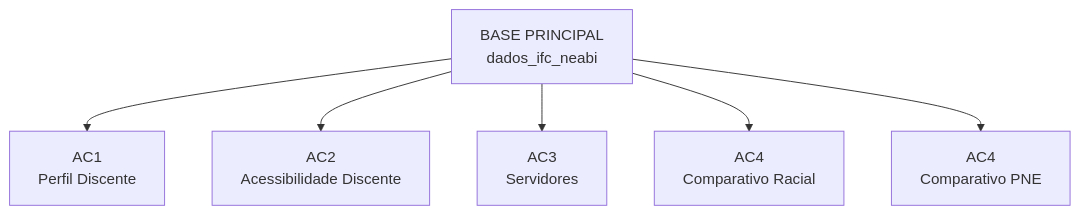
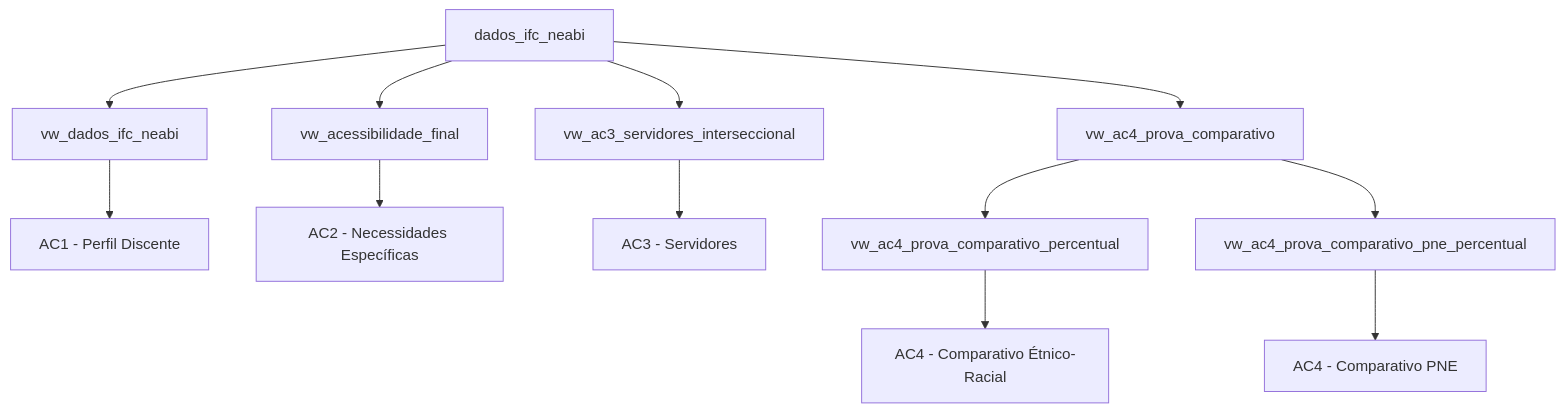
The diagram in README.md (AubioFerreira/analise-interseccional-ifc), drawn with Mermaid before and after one commit. The commit also changed other lines of this file, not shown here.

````diff
--- a/README.md
+++ b/README.md
@@ -334,15 +334,20 @@
 ```mermaid
 graph TD
 
-A["BASE PRINCIPAL<br>dados_ifc_neabi"]
+A["dados_ifc_neabi"]
 
-A --> B["AC1<br>Perfil Discente"]
+A --> B["vw_dados_ifc_neabi"]
+A --> C["vw_acessibilidade_final"]
+A --> D["vw_ac3_servidores_interseccional"]
+A --> E["vw_ac4_prova_comparativo"]
 
-A --> C["AC2<br>Acessibilidade Discente"]
+B --> F["AC1 - Perfil Discente"]
+C --> G["AC2 - Necessidades Específicas"]
+D --> H["AC3 - Servidores"]
 
-A --> D["AC3<br>Servidores"]
+E --> I["vw_ac4_prova_comparativo_percentual"]
+E --> J["vw_ac4_prova_comparativo_pne_percentual"]
 
-A --> E["AC4<br>Comparativo Racial"]
-
-A --> F["AC4<br>Comparativo PNE"]
+I --> K["AC4 - Comparativo Étnico-Racial"]
+J --> L["AC4 - Comparativo PNE"]
 ```
````
